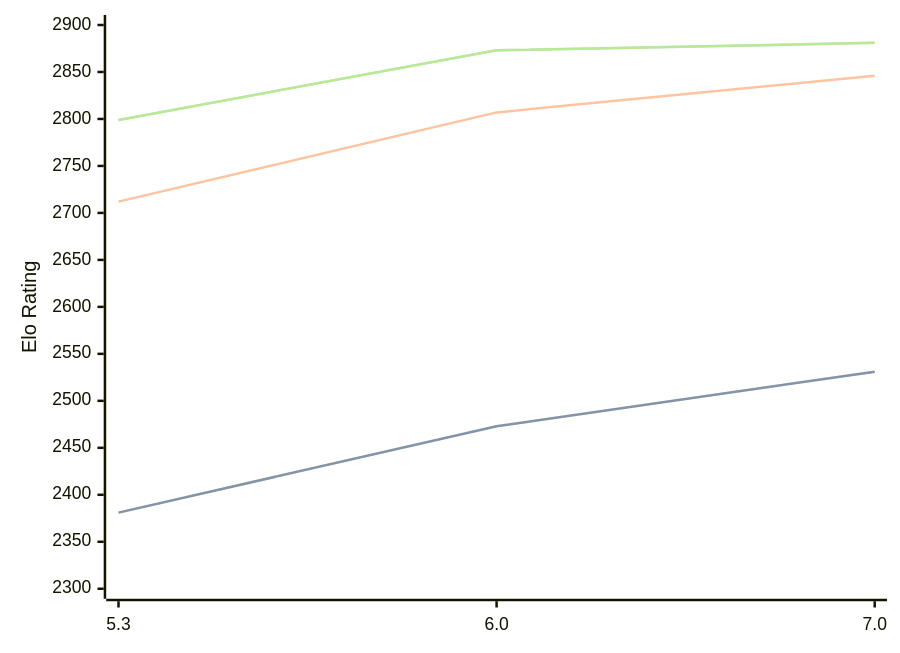
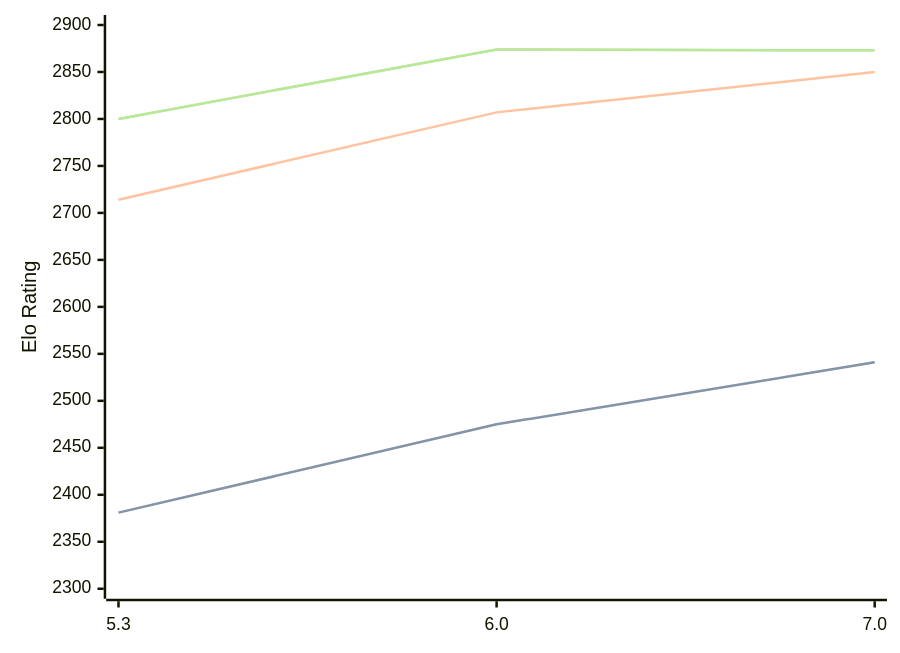
Before and after one commit to computer-chess-index/cci: the third of 3 diagrams in engines/tomitankChess.md, drawn with Mermaid. The commit also changed other lines of this file, not shown here.

Commit message:
Update CCI Ratings (ELO VLTC) - 2026-07-14

````diff
--- a/engines/tomitankChess.md
+++ b/engines/tomitankChess.md
@@ -74,11 +74,11 @@
 ```mermaid
 %%{init: {"theme":"base","themeVariables":{"seriesColors:['#a3a3a3','#222221','#faa371']}}}%%
 xychart-beta
   x-axis ["5.3", "6.0", "7.0"]
   y-axis "Elo Rating" 2300 --> 2900
-  line "STC (8.0+0.08s)" [2381, 2473, 2531]
-  line "STC (8.0+0.08s)" [2381, 2473, 2531]
-  line "LTC (60.0+0.60s)" [2712, 2807, 2846]
-  line "VLTC (2m24s+1.12s)" [2799, 2873, 2881]
-  line "VLTC (2m24s+1.12s)" [2799, 2873, 2881]
+  line "STC (8.0+0.08s)" [2381, 2475, 2541]
+  line "STC (8.0+0.08s)" [2381, 2475, 2541]
+  line "LTC (60.0+0.60s)" [2714, 2807, 2850]
+  line "VLTC (2m24s+1.12s)" [2800, 2874, 2873]
+  line "VLTC (2m24s+1.12s)" [2800, 2874, 2873]
 ```
````
